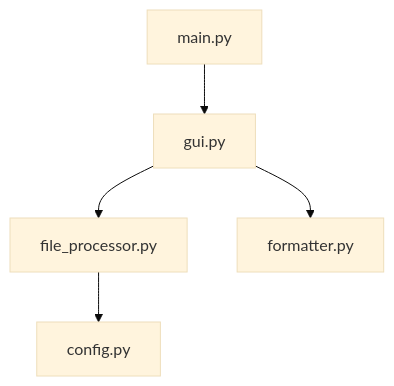
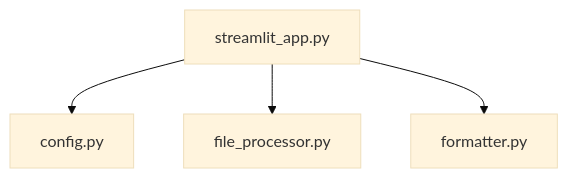
One commit to BjornMelin/code2prompt changed the second of 2 diagrams in README.md. Above: the diagram before and after it, drawn with Mermaid (base theme). The commit also changed other lines of this file and 7 other files, not shown here.

Commit message:
feat(app): migrate to Streamlit and remove Tkinter support; update configuration and add new file processing features

````diff
--- a/README.md
+++ b/README.md
@@ -112,7 +111,6 @@
 ```mermaid
 graph TD;
-    A[main.py] --> B[gui.py]
-    B --> C[file_processor.py]
-    B --> D[formatter.py]
-    C --> E[config.py]
+    A[streamlit_app.py] --> B[config.py]
+    A --> C[file_processor.py]
+    A --> D[formatter.py]
 ```
````
